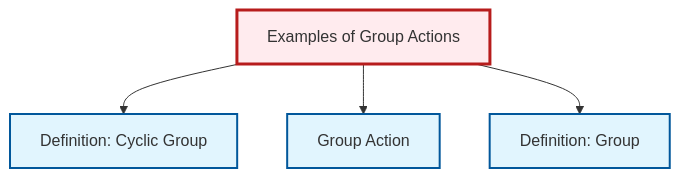
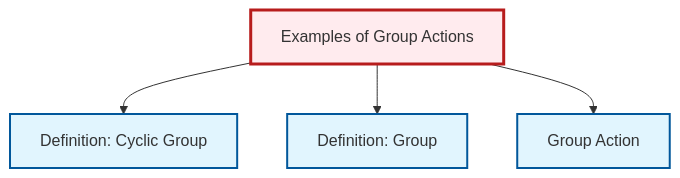
Before and after one commit to RK0429/ModernMath: the diagram in content/en/algebra/ex-group-action-examples.qmd, drawn with Mermaid. The commit also changed other lines of this file and 491 other files, not shown here.

````diff
--- a/content/en/algebra/ex-group-action-examples.qmd
+++ b/content/en/algebra/ex-group-action-examples.qmd
@@ -73,20 +73,20 @@
 ```{mermaid}
 %%| fig-cap: "Local dependency graph"
 graph TD
     classDef definition fill:#e1f5fe,stroke:#01579b,stroke-width:2px
     classDef theorem fill:#f3e5f5,stroke:#4a148c,stroke-width:2px
     classDef axiom fill:#fff3e0,stroke:#e65100,stroke-width:2px
     classDef example fill:#e8f5e9,stroke:#1b5e20,stroke-width:2px
     classDef current fill:#ffebee,stroke:#b71c1c,stroke-width:3px
+    def-group-action["Group Action"]:::definition
+    ex-group-action-examples["Examples of Group Actions"]:::example
     def-group["Definition: Group"]:::definition
-    ex-group-action-examples["Examples of Group Actions"]:::example
     def-cyclic-group["Definition: Cyclic Group"]:::definition
-    def-group-action["Group Action"]:::definition
     ex-group-action-examples --> def-cyclic-group
+    ex-group-action-examples --> def-group
     ex-group-action-examples --> def-group-action
-    ex-group-action-examples --> def-group
     class ex-group-action-examples current
+    click def-group-action "def-group-action.html" "Go to Group Action"
     click def-group "def-group.html" "Go to Group definition"
     click def-cyclic-group "def-cyclic-group.html" "Go to Cyclic Group definition"
-    click def-group-action "def-group-action.html" "Go to Group Action"
 ```
````
